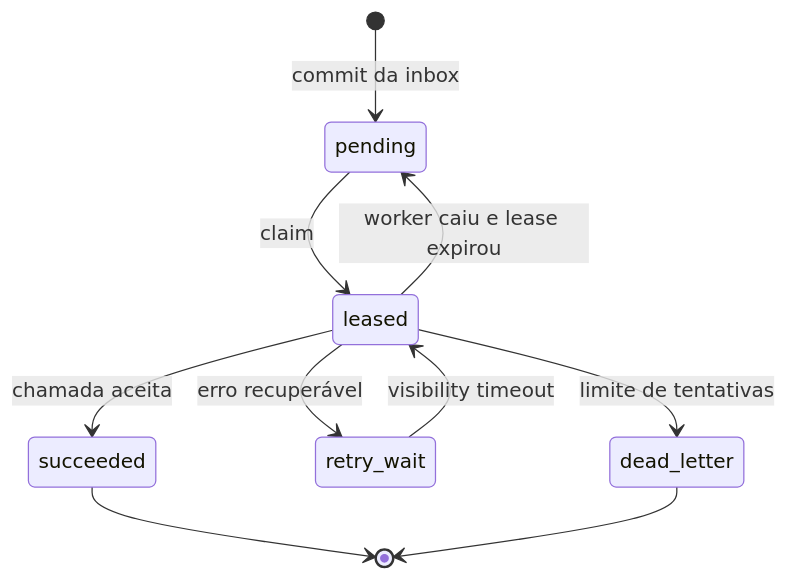
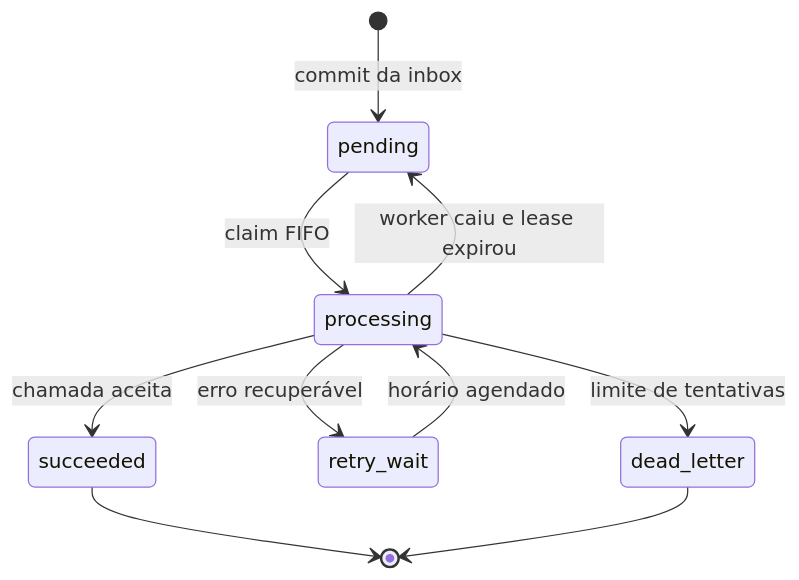
The diagram in docs/architecture.md (humanstudioacademy/sales-middleware), drawn with Mermaid before and after one commit. The commit also changed other lines of this file and 8 other files, not shown here.

Commit message:
preserve ordered webhook processing timeline

````diff
--- a/docs/architecture.md
+++ b/docs/architecture.md
@@ -36,12 +46,12 @@
 ```mermaid
 stateDiagram-v2
   [*] --> pending: commit da inbox
-  pending --> leased: claim
-  leased --> succeeded: chamada aceita
-  leased --> retry_wait: erro recuperável
-  retry_wait --> leased: visibility timeout
-  leased --> dead_letter: limite de tentativas
-  leased --> pending: worker caiu e lease expirou
+  pending --> processing: claim FIFO
+  processing --> succeeded: chamada aceita
+  processing --> retry_wait: erro recuperável
+  retry_wait --> processing: horário agendado
+  processing --> dead_letter: limite de tentativas
+  processing --> pending: worker caiu e lease expirou
   succeeded --> [*]
   dead_letter --> [*]
 ```
````
